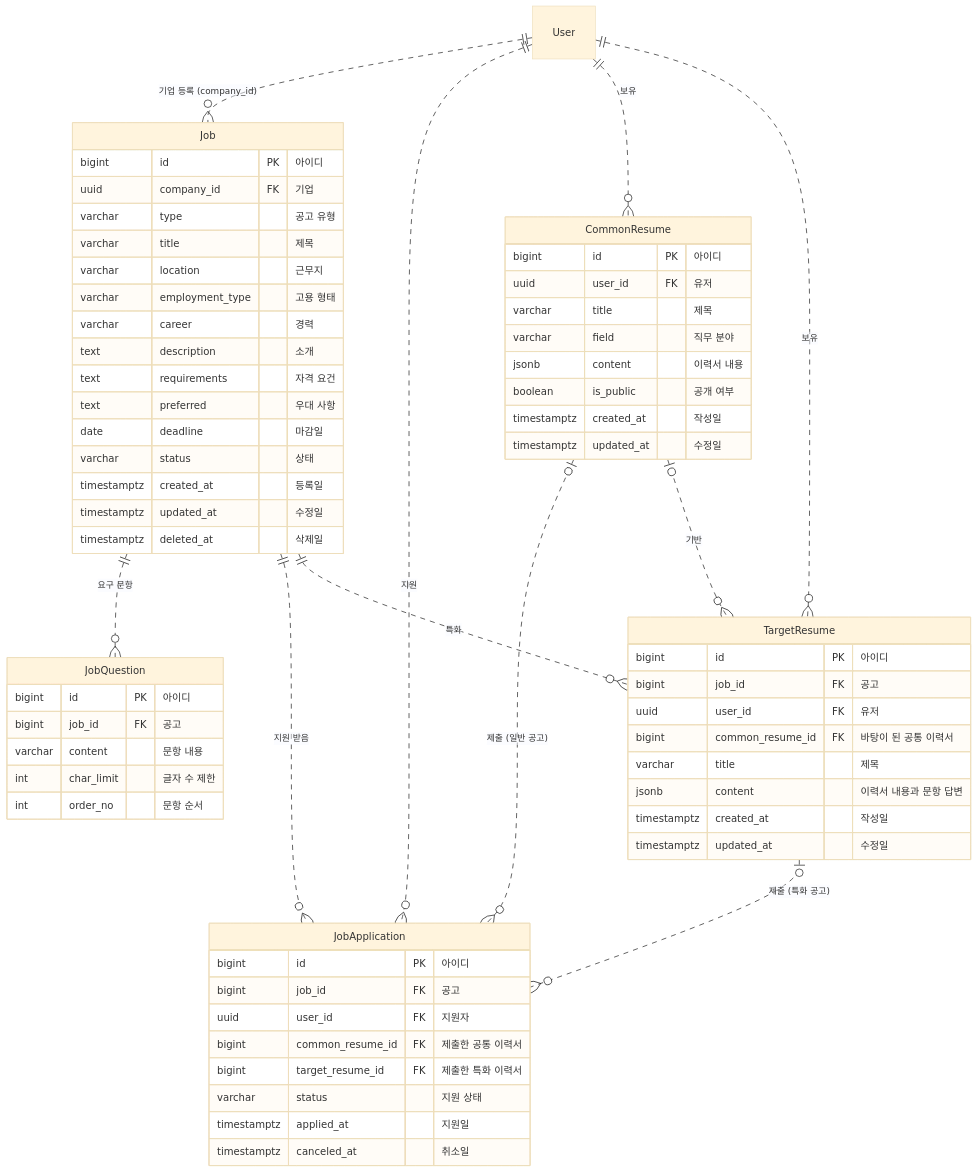
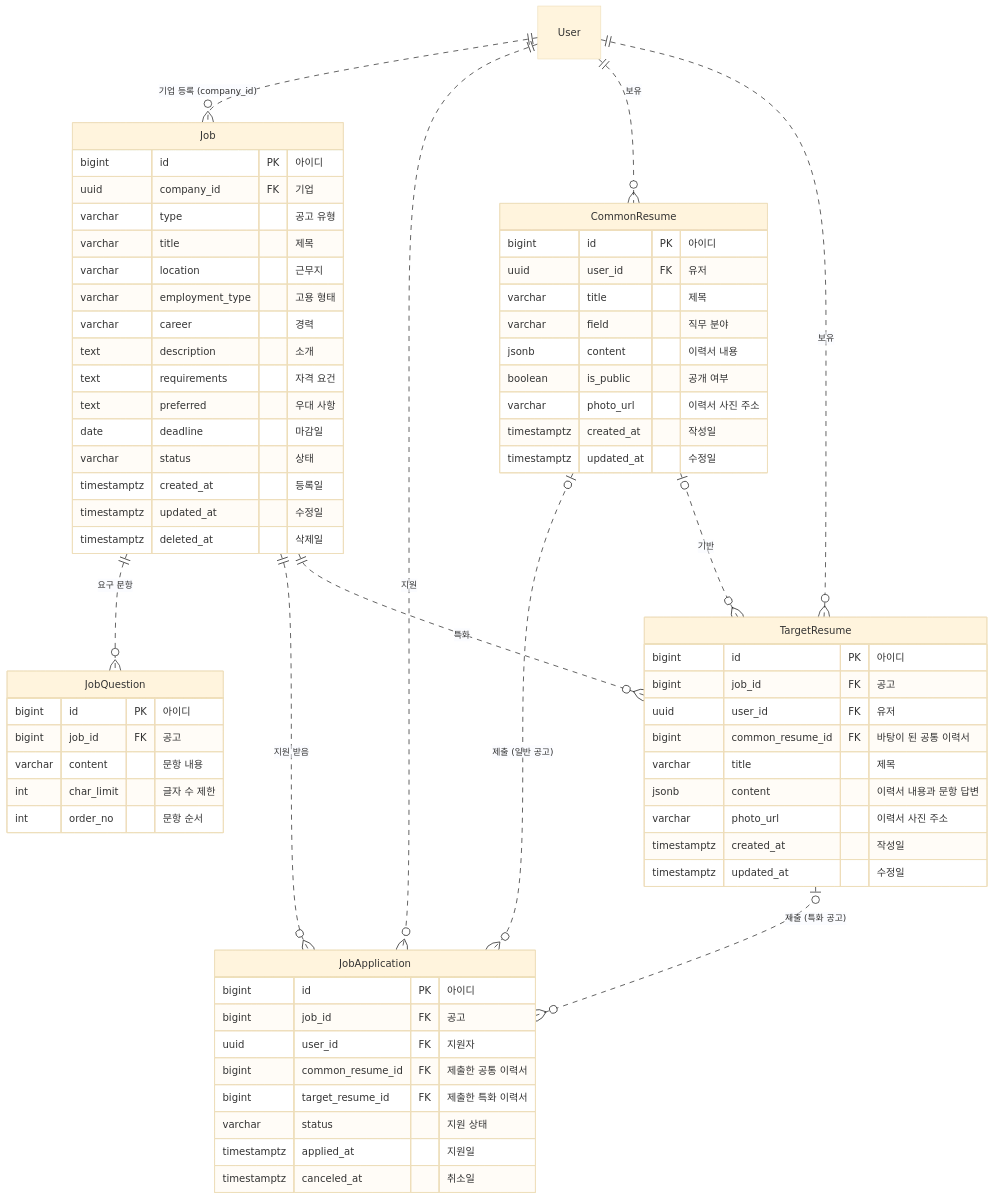
The fourth of 7 diagrams in docs/database-design.md (likelion-backendschool-9th/Resuit_Prj), drawn with Mermaid (base theme) before and after one commit. The commit also changed other lines of this file and 21 other files, not shown here.

````diff
--- a/docs/database-design.md
+++ b/docs/database-design.md
@@ -275,68 +275,70 @@
 ```mermaid
 erDiagram
     User ||..o{ Job : "기업 등록 (company_id)"
     Job ||..o{ JobQuestion : "요구 문항"
     Job ||..o{ JobApplication : "지원 받음"
     User ||..o{ JobApplication : "지원"
     CommonResume |o..o{ JobApplication : "제출 (일반 공고)"
     TargetResume |o..o{ JobApplication : "제출 (특화 공고)"
     User ||..o{ CommonResume : "보유"
     Job ||..o{ TargetResume : "특화"
     User ||..o{ TargetResume : "보유"
     CommonResume |o..o{ TargetResume : "기반"
 
     Job {
       bigint id PK "아이디"
       uuid company_id FK "기업"
       varchar type "공고 유형"
       varchar title "제목"
       varchar location "근무지"
       varchar employment_type "고용 형태"
       varchar career "경력"
       text description "소개"
       text requirements "자격 요건"
       text preferred "우대 사항"
       date deadline "마감일"
       varchar status "상태"
       timestamptz created_at "등록일"
       timestamptz updated_at "수정일"
       timestamptz deleted_at "삭제일"
     }
     JobQuestion {
       bigint id PK "아이디"
       bigint job_id FK "공고"
       varchar content "문항 내용"
       int char_limit "글자 수 제한"
       int order_no "문항 순서"
     }
     JobApplication {
       bigint id PK "아이디"
       bigint job_id FK "공고"
       uuid user_id FK "지원자"
       bigint common_resume_id FK "제출한 공통 이력서"
       bigint target_resume_id FK "제출한 특화 이력서"
       varchar status "지원 상태"
       timestamptz applied_at "지원일"
       timestamptz canceled_at "취소일"
     }
     CommonResume {
       bigint id PK "아이디"
       uuid user_id FK "유저"
       varchar title "제목"
       varchar field "직무 분야"
       jsonb content "이력서 내용"
       boolean is_public "공개 여부"
+      varchar photo_url "이력서 사진 주소"
       timestamptz created_at "작성일"
       timestamptz updated_at "수정일"
     }
     TargetResume {
       bigint id PK "아이디"
       bigint job_id FK "공고"
       uuid user_id FK "유저"
       bigint common_resume_id FK "바탕이 된 공통 이력서"
       varchar title "제목"
       jsonb content "이력서 내용과 문항 답변"
+      varchar photo_url "이력서 사진 주소"
       timestamptz created_at "작성일"
       timestamptz updated_at "수정일"
     }
 ```
````
